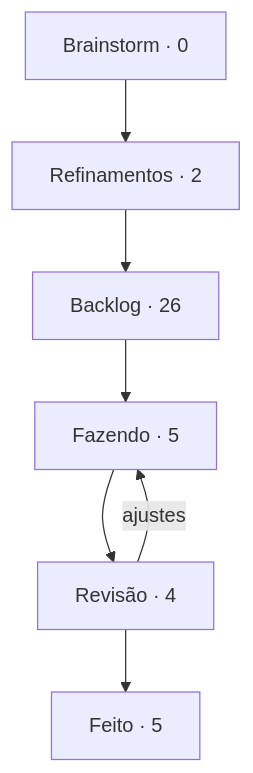
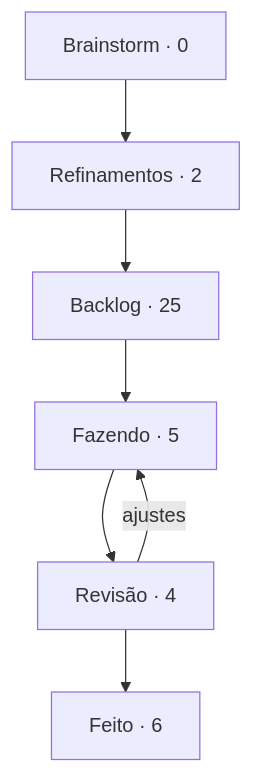
One commit to StudioVibi/VibiKanban changed the diagram in boards/dungeon-bend/BOARD.md. Above: the diagram before and after it, drawn with Mermaid. The commit also changed other lines of this file and 2 other files, not shown here.

````diff
--- a/boards/dungeon-bend/BOARD.md
+++ b/boards/dungeon-bend/BOARD.md
@@ -5,12 +5,12 @@
 ```mermaid
 flowchart TD
   brainstorm["Brainstorm · 0"] --> refinamentos["Refinamentos · 2"]
-  refinamentos --> backlog["Backlog · 26"]
+  refinamentos --> backlog["Backlog · 25"]
   backlog --> doing["Fazendo · 5"]
   doing --> review["Revisão · 4"]
-  review --> done["Feito · 5"]
+  review --> done["Feito · 6"]
   review -->|ajustes| doing
   doing:::blue
   review:::yellow
   done:::green
 ```
````
